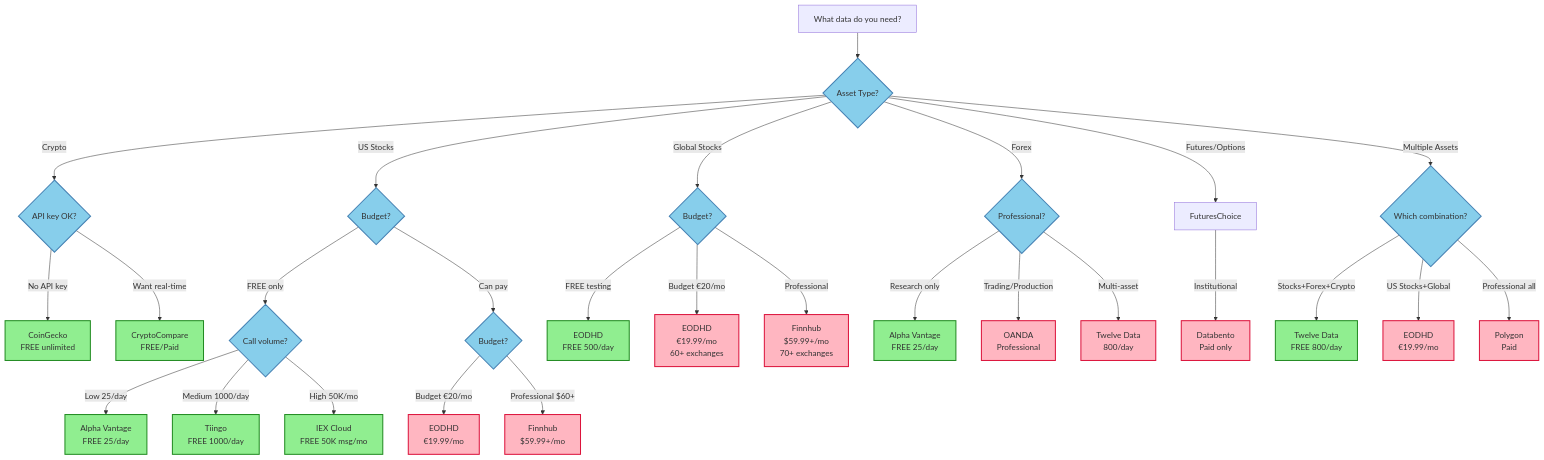
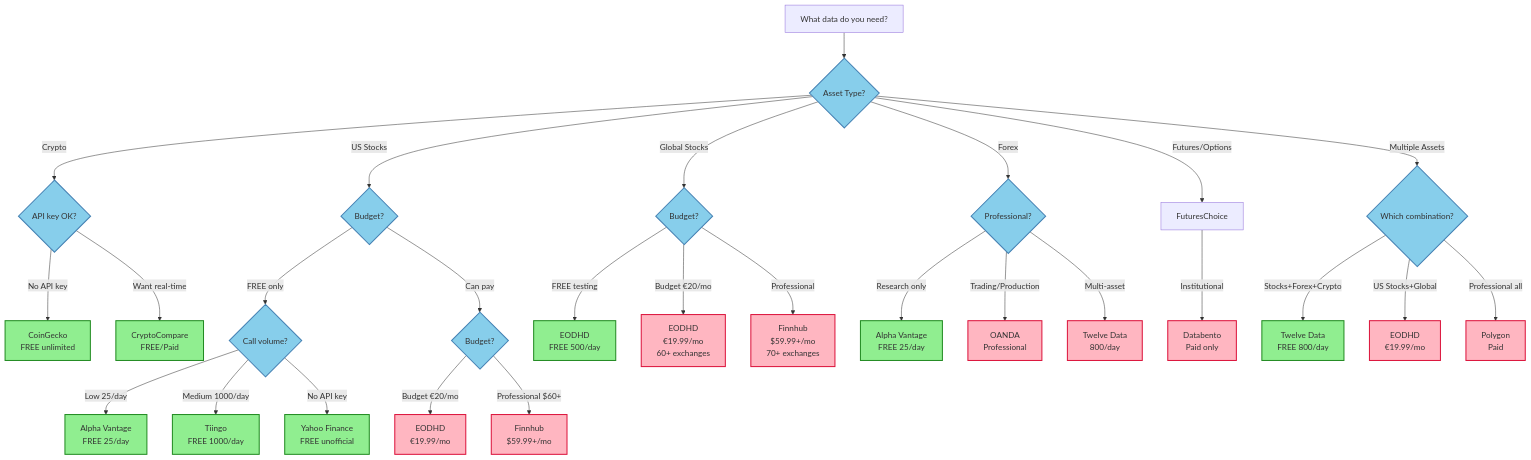
The diagram in docs/getting-started/provider-selection.md (ml4t/data), drawn with Mermaid before and after one commit. The commit also changed other lines of this file and 13 other files, not shown here.

Commit message:
docs: remove retired iex cloud references

````diff
--- a/docs/getting-started/provider-selection.md
+++ b/docs/getting-started/provider-selection.md
@@ -7,53 +7,53 @@
 ```mermaid
 flowchart TD
     Start[What data do you need?] --> AssetType{Asset Type?}
 
     AssetType -->|Crypto| CryptoChoice{API key OK?}
     AssetType -->|US Stocks| USChoice{Budget?}
     AssetType -->|Global Stocks| GlobalChoice{Budget?}
     AssetType -->|Forex| ForexChoice{Professional?}
     AssetType -->|Futures/Options| FuturesChoice
     AssetType -->|Multiple Assets| MultiChoice{Which combination?}
 
     %% Crypto Path
     CryptoChoice -->|No API key| CoinGecko[CoinGecko<br/>FREE unlimited]
     CryptoChoice -->|Want real-time| CryptoCompare[CryptoCompare<br/>FREE/Paid]
 
     %% US Stocks Path
     USChoice -->|FREE only| USFree{Call volume?}
     USChoice -->|Can pay| USPaid{Budget?}
 
     USFree -->|Low 25/day| AlphaVantage[Alpha Vantage<br/>FREE 25/day]
     USFree -->|Medium 1000/day| Tiingo[Tiingo<br/>FREE 1000/day]
-    USFree -->|High 50K/mo| IEXCloud[IEX Cloud<br/>FREE 50K msg/mo]
+    USFree -->|No API key| Yahoo[Yahoo Finance<br/>FREE unofficial]
 
     USPaid -->|Budget €20/mo| EODHD[EODHD<br/>€19.99/mo]
     USPaid -->|Professional $60+| Finnhub[Finnhub<br/>$59.99+/mo]
 
     %% Global Stocks Path
     GlobalChoice -->|FREE testing| EODHDFree[EODHD<br/>FREE 500/day]
     GlobalChoice -->|Budget €20/mo| EODHDPaid[EODHD<br/>€19.99/mo<br/>60+ exchanges]
     GlobalChoice -->|Professional| FinnhubGlobal[Finnhub<br/>$59.99+/mo<br/>70+ exchanges]
 
     %% Forex Path
     ForexChoice -->|Research only| AlphaVantageForex[Alpha Vantage<br/>FREE 25/day]
     ForexChoice -->|Trading/Production| OANDA[OANDA<br/>Professional]
     ForexChoice -->|Multi-asset| TwelveDataForex[Twelve Data<br/>800/day]
 
     %% Futures Path
     FuturesChoice -->|Institutional| Databento[Databento<br/>Paid only]
 
     %% Multi-Asset Path
     MultiChoice -->|Stocks+Forex+Crypto| TwelveData[Twelve Data<br/>FREE 800/day]
     MultiChoice -->|US Stocks+Global| EODHDMulti[EODHD<br/>€19.99/mo]
     MultiChoice -->|Professional all| PolygonMulti[Polygon<br/>Paid]
 
     %% Style definitions
     classDef freeProvider fill:#90EE90,stroke:#228B22,stroke-width:2px
     classDef paidProvider fill:#FFB6C1,stroke:#DC143C,stroke-width:2px
     classDef decision fill:#87CEEB,stroke:#4682B4,stroke-width:2px
 
-    class CoinGecko,AlphaVantage,Tiingo,IEXCloud,EODHDFree,AlphaVantageForex,TwelveData,CryptoCompare freeProvider
+    class CoinGecko,AlphaVantage,Tiingo,Yahoo,EODHDFree,AlphaVantageForex,TwelveData,CryptoCompare freeProvider
     class EODHD,Finnhub,EODHDPaid,FinnhubGlobal,OANDA,Databento,TwelveDataForex,EODHDMulti,PolygonMulti paidProvider
     class AssetType,CryptoChoice,USChoice,GlobalChoice,ForexChoice,USFree,USPaid,GlobalChoice,ForexChoice,MultiChoice decision
 ```
````
